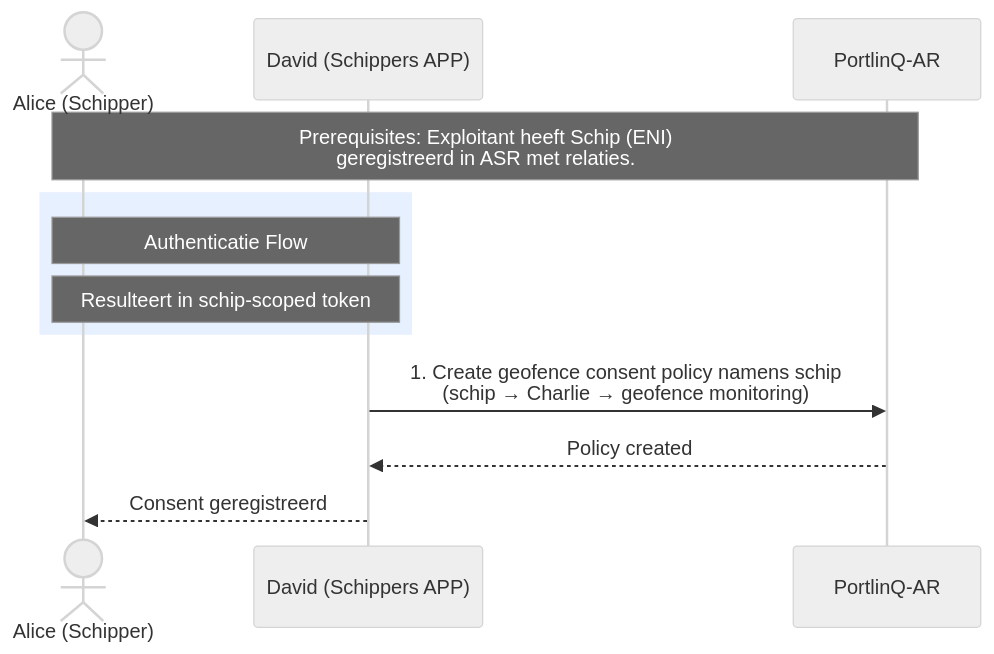
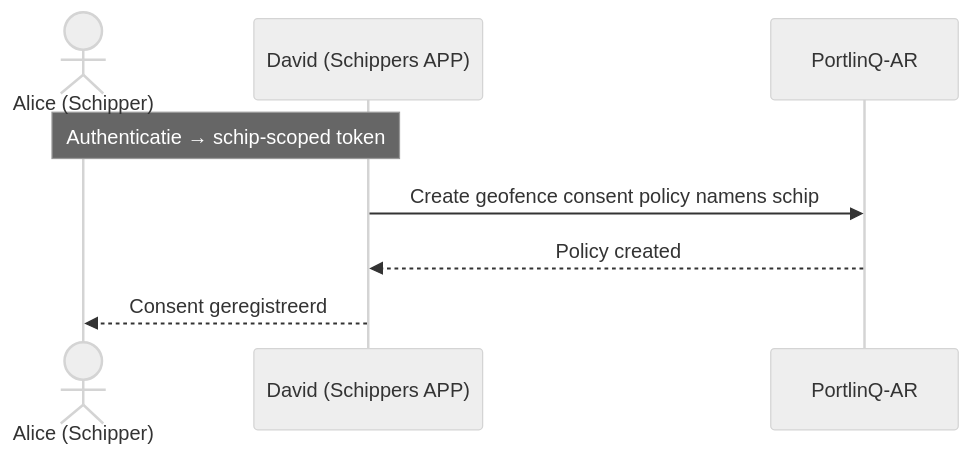
One commit to POORT8/Poort8.Docs changed the first of 2 diagrams in portlinq/geofence-arrival.md. Above: the diagram before and after it, drawn with Mermaid (neutral theme). The commit also changed other lines of this file and 12 other files, not shown here.

````diff
--- a/portlinq/geofence-arrival.md
+++ b/portlinq/geofence-arrival.md
@@ -17,16 +11,10 @@
 ```mermaid
 sequenceDiagram
     actor Alice as Alice (Schipper)
     participant David as David (Schippers APP)
     participant AR as PortlinQ-AR
-    Note over Alice,AR: Prerequisites: Exploitant heeft Schip (ENI)<br/>geregistreerd in ASR met relaties.
-
-    rect rgb(230, 240, 255)
-        Note over Alice,David: Authenticatie Flow
-        Note over Alice,David: Resulteert in schip-scoped token
-    end
-
-    David->>AR: 1. Create geofence consent policy namens schip<br/>(schip → Charlie → geofence monitoring)
+    Note over Alice,David: Authenticatie → schip-scoped token
+    David->>AR: Create geofence consent policy namens schip
     AR-->>David: Policy created
     David-->>Alice: Consent geregistreerd
 ```
````
